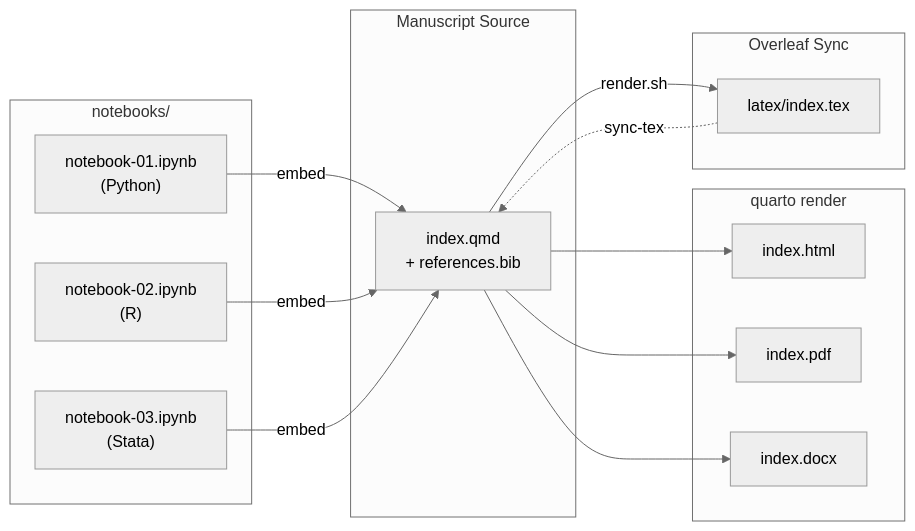
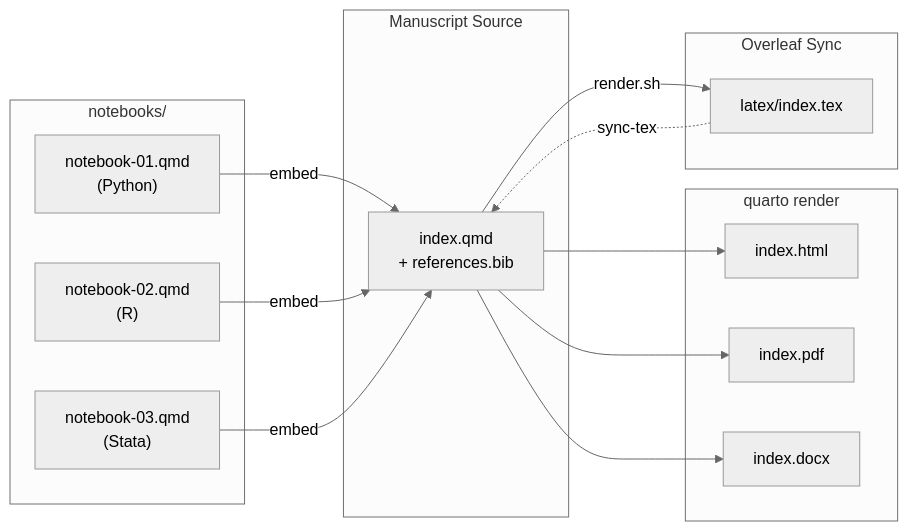
The first of 4 diagrams in README.md (quarcs-lab/project20XXy), drawn with Mermaid (neutral theme) before and after one commit. The commit also changed other lines of this file and 27 other files, not shown here.

First line of the commit message:
Migrate from Jupyter/Jupytext (.ipynb) to Quarto notebooks (.qmd)

````diff
--- a/README.md
+++ b/README.md
@@ -49,31 +44,31 @@
 ```mermaid
 flowchart LR
     subgraph Notebooks ["notebooks/"]
-        NB1["notebook-01.ipynb<br/>(Python)"]
-        NB2["notebook-02.ipynb<br/>(R)"]
-        NB3["notebook-03.ipynb<br/>(Stata)"]
+        NB1["notebook-01.qmd<br/>(Python)"]
+        NB2["notebook-02.qmd<br/>(R)"]
+        NB3["notebook-03.qmd<br/>(Stata)"]
     end
 
     subgraph Manuscript ["Manuscript Source"]
         QMD["index.qmd<br/>+ references.bib"]
     end
 
     subgraph Render ["quarto render"]
         HTML["index.html"]
         PDF["index.pdf"]
         DOCX["index.docx"]
     end
 
     subgraph Overleaf ["Overleaf Sync"]
         TEX["latex/index.tex"]
     end
 
     NB1 -- embed --> QMD
     NB2 -- embed --> QMD
     NB3 -- embed --> QMD
     QMD --> HTML
     QMD --> PDF
     QMD --> DOCX
     QMD -- render.sh --> TEX
     TEX -. sync-tex .-> QMD
 ```
````
